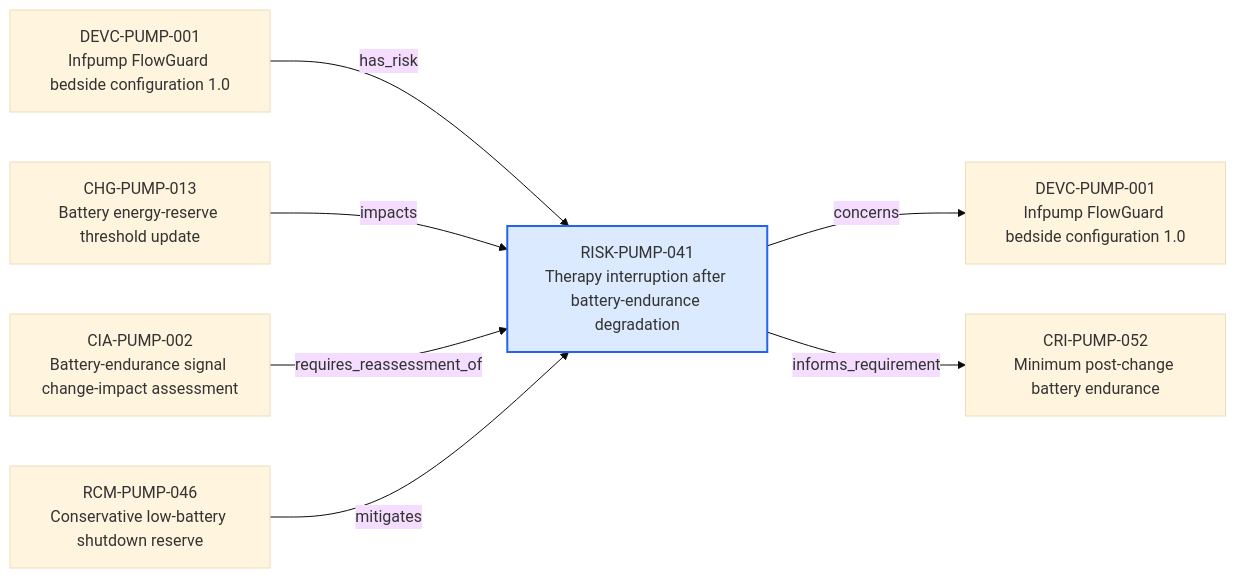
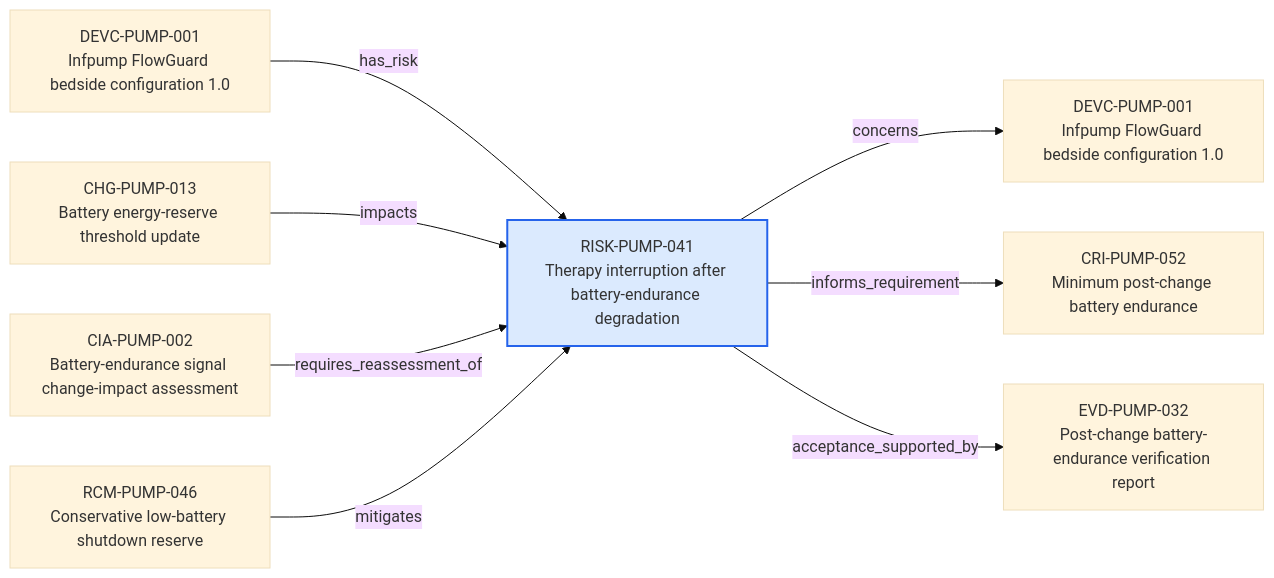
The diagram in content/06-Infpump FlowGuard ontology notes/risk/RISK-PUMP-041-therapy-interruption-after-battery-endurance-degradation.md (mvattulainen/mdrontology), drawn with Mermaid (base theme) before and after one commit. The commit also changed other lines of this file and 220 other files, not shown here.

````diff
--- a/content/06-Infpump FlowGuard ontology notes/risk/RISK-PUMP-041-therapy-interruption-after-battery-endurance-degradation.md
+++ b/content/06-Infpump FlowGuard ontology notes/risk/RISK-PUMP-041-therapy-interruption-after-battery-endurance-degradation.md
@@ -83,18 +89,20 @@
 ```mermaid
 flowchart LR
   CURRENT["RISK-PUMP-041<br/>Therapy interruption after battery-endurance degradation"]
   PREV0["DEVC-PUMP-001<br/>Infpump FlowGuard bedside configuration 1.0"]
   PREV0 -->|"has_risk"| CURRENT
   PREV1["CHG-PUMP-013<br/>Battery energy-reserve threshold update"]
   PREV1 -->|"impacts"| CURRENT
   PREV2["CIA-PUMP-002<br/>Battery-endurance signal change-impact assessment"]
   PREV2 -->|"requires_reassessment_of"| CURRENT
   PREV3["RCM-PUMP-046<br/>Conservative low-battery shutdown reserve"]
   PREV3 -->|"mitigates"| CURRENT
   NEXT0["DEVC-PUMP-001<br/>Infpump FlowGuard bedside configuration 1.0"]
   CURRENT -->|"concerns"| NEXT0
   NEXT1["CRI-PUMP-052<br/>Minimum post-change battery endurance"]
   CURRENT -->|"informs_requirement"| NEXT1
+  NEXT2["EVD-PUMP-032<br/>Post-change battery-endurance verification report"]
+  CURRENT -->|"acceptance_supported_by"| NEXT2
   classDef current fill:#dbeafe,stroke:#2563eb,stroke-width:2px
   class CURRENT current
 ```
````
